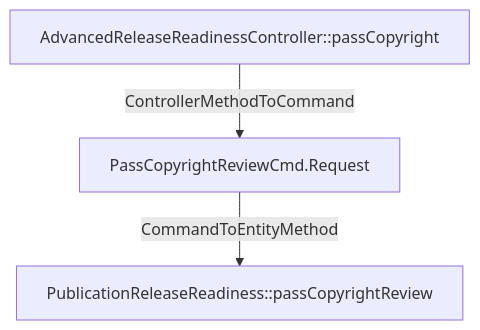
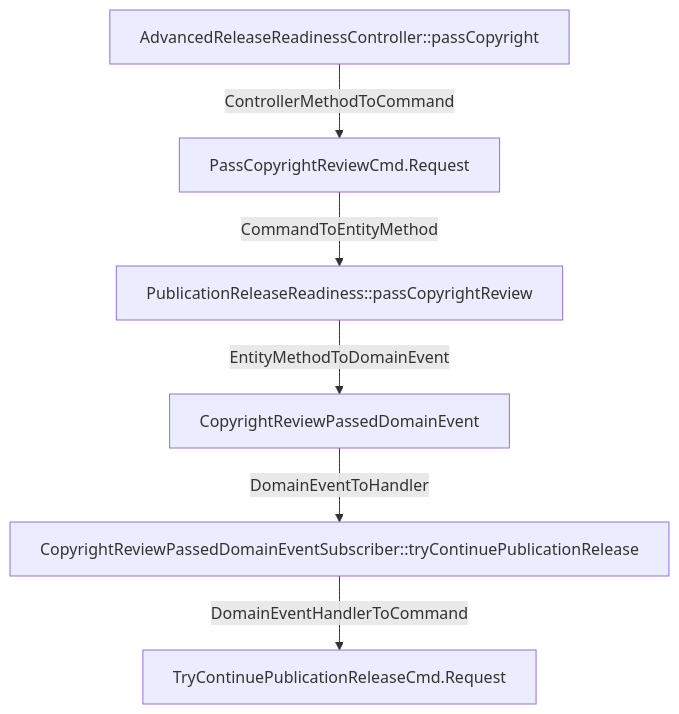
Before and after one commit to LDmoxeii/cap4k-reference-content-studio: the diagram in analysis/flows/com_only4_cap4k_reference_contentstudio_adapter_http_AdvancedReleaseReadinessCon_8e5b89c7.mmd, drawn with Mermaid. The commit also changed 44 other files, not shown here.

```diff
--- a/analysis/flows/com_only4_cap4k_reference_contentstudio_adapter_http_AdvancedReleaseReadinessCon_8e5b89c7.mmd
+++ b/analysis/flows/com_only4_cap4k_reference_contentstudio_adapter_http_AdvancedReleaseReadinessCon_8e5b89c7.mmd
@@ -1,6 +1,12 @@
 flowchart TD
   N1[AdvancedReleaseReadinessController::passCopyright]
   N2[PassCopyrightReviewCmd.Request]
-  N3[PublicationReleaseReadiness::passCopyrightReview]
+  N3[TryContinuePublicationReleaseCmd.Request]
+  N4[CopyrightReviewPassedDomainEventSubscriber::tryContinuePublicationRelease]
+  N5[PublicationReleaseReadiness::passCopyrightReview]
+  N6[CopyrightReviewPassedDomainEvent]
   N1 -->|ControllerMethodToCommand| N2
-  N2 -->|CommandToEntityMethod| N3
+  N2 -->|CommandToEntityMethod| N5
+  N4 -->|DomainEventHandlerToCommand| N3
+  N5 -->|EntityMethodToDomainEvent| N6
+  N6 -->|DomainEventToHandler| N4
```
